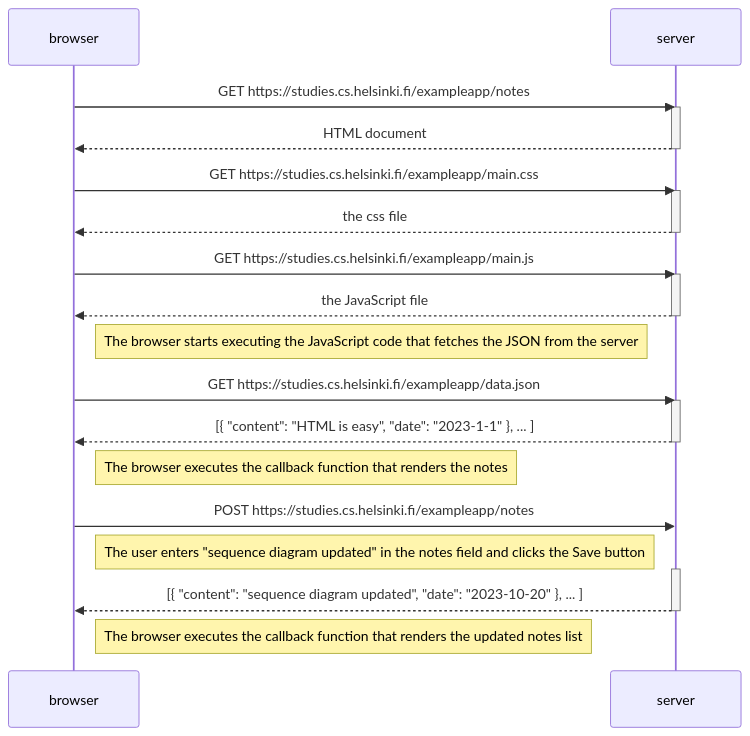
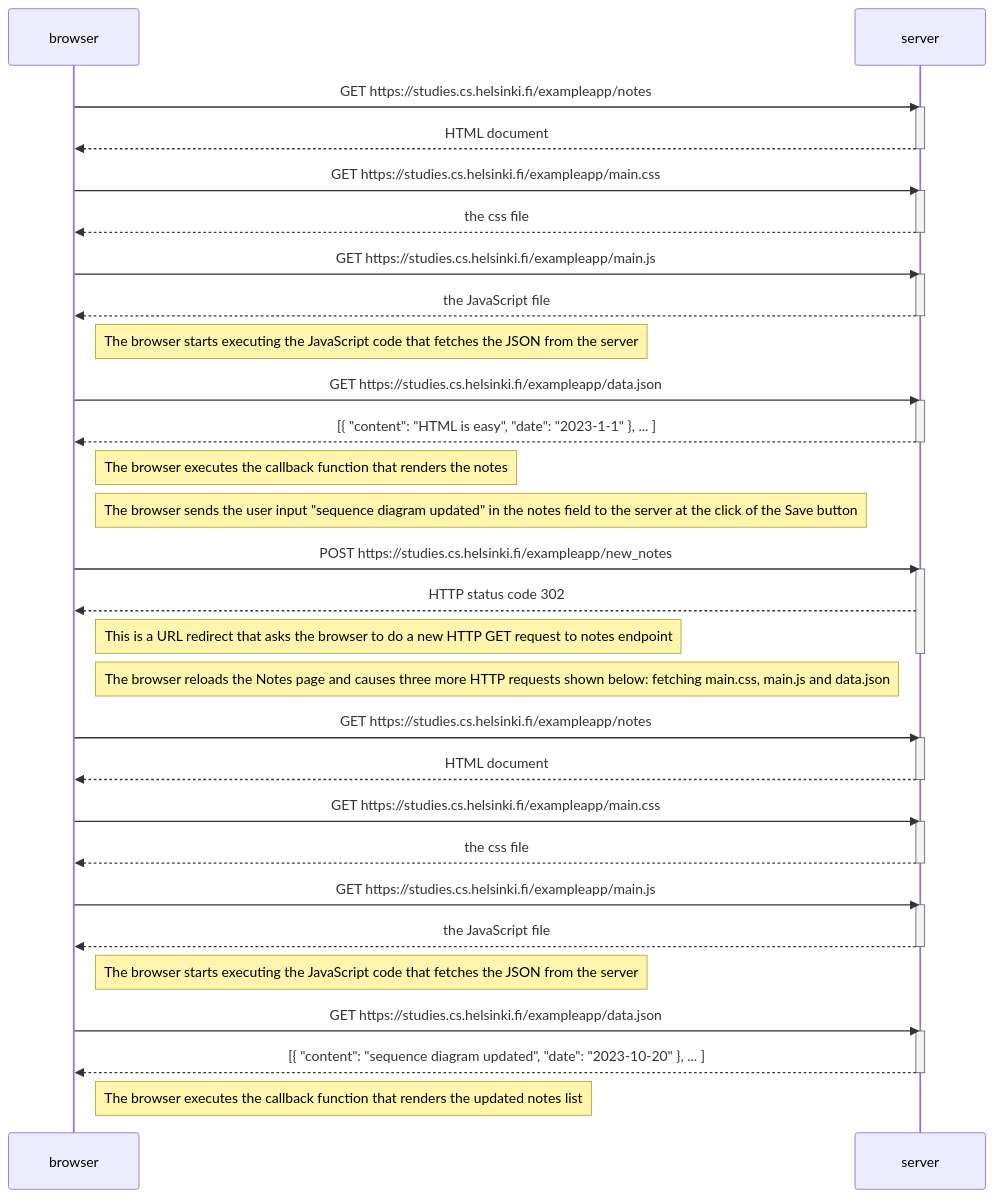
The diagram in part0/newnotediagram.md (CeeJayyy007/fullstackopen), drawn with Mermaid before and after one commit.

````diff
--- a/part0/newnotediagram.md
+++ b/part0/newnotediagram.md
@@ -1,38 +1,63 @@
 ```mermaid
 sequenceDiagram
     participant browser
     participant server
     
     browser->>server: GET https://studies.cs.helsinki.fi/exampleapp/notes
     activate server
     server-->>browser: HTML document
     deactivate server
 
     browser->>server: GET https://studies.cs.helsinki.fi/exampleapp/main.css
     activate server
     server-->>browser: the css file
     deactivate server
 
     browser->>server: GET https://studies.cs.helsinki.fi/exampleapp/main.js
     activate server
     server-->>browser: the JavaScript file
     deactivate server
 
     Note right of browser: The browser starts executing the JavaScript code that fetches the JSON from the server
 
     browser->>server: GET https://studies.cs.helsinki.fi/exampleapp/data.json
     activate server
     server-->>browser: [{ "content": "HTML is easy", "date": "2023-1-1" }, ... ]
     deactivate server
 
     Note right of browser: The browser executes the callback function that renders the notes
 
-    browser->>server: POST https://studies.cs.helsinki.fi/exampleapp/notes 
-    
-    Note right of browser: The user enters "sequence diagram updated" in the notes field and clicks the Save button
+    Note right of browser: The browser sends the user input "sequence diagram updated" in the notes field to the server at the click of the Save button
 
+    browser->>server: POST https://studies.cs.helsinki.fi/exampleapp/new_notes 
+    activate server
+
+    server-->>browser: HTTP status code 302
+    Note right of browser: This is a URL redirect that asks the browser to do a new HTTP GET request to notes endpoint
+    deactivate server
+
+    Note right of browser: The browser reloads the Notes page and causes three more HTTP requests shown below: fetching main.css, main.js and data.json
+
+    browser->>server: GET https://studies.cs.helsinki.fi/exampleapp/notes
+    activate server
+    server-->>browser: HTML document
+    deactivate server
+
+    browser->>server: GET https://studies.cs.helsinki.fi/exampleapp/main.css
+    activate server
+    server-->>browser: the css file
+    deactivate server
+
+    browser->>server: GET https://studies.cs.helsinki.fi/exampleapp/main.js
+    activate server
+    server-->>browser: the JavaScript file
+    deactivate server
+
+    Note right of browser: The browser starts executing the JavaScript code that fetches the JSON from the server
+
+    browser->>server: GET https://studies.cs.helsinki.fi/exampleapp/data.json
     activate server
     server-->>browser: [{ "content": "sequence diagram updated", "date": "2023-10-20" }, ... ]
     deactivate server
     Note right of browser: The browser executes the callback function that renders the updated notes list
 ```
````
